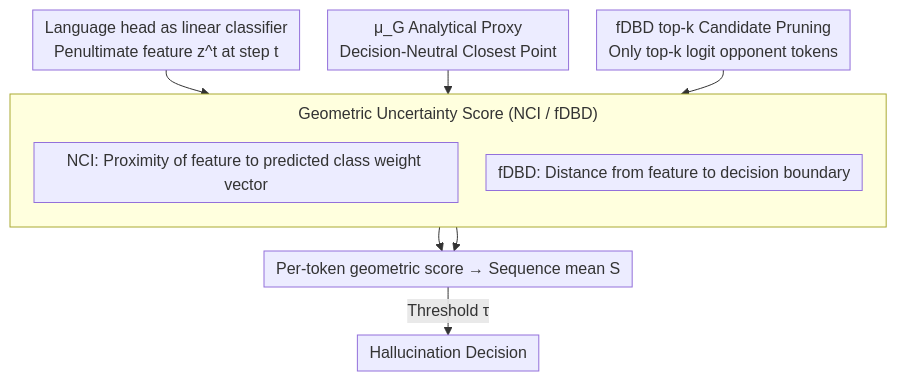
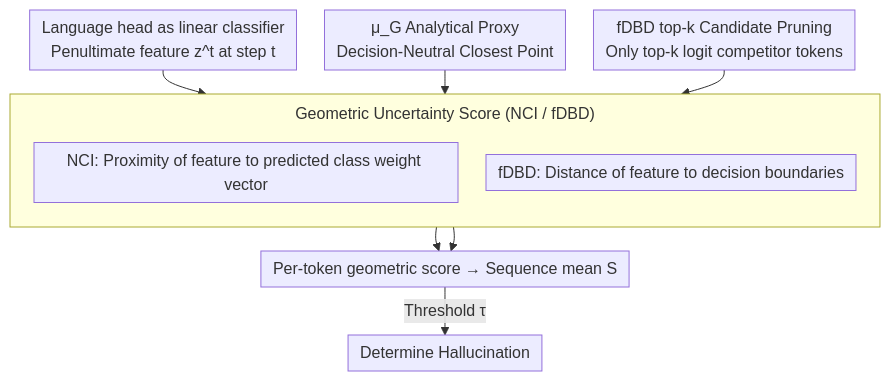
Before and after one commit to zhaoyang97/Paper-Notes-en: the diagram in docs/ICML2026/hallucination/from_out-of-distribution_detection_to_hallucination_detection_a_geometric_view.md, drawn with Mermaid. The commit also changed other lines of this file and 5084 other files, not shown here.

````diff
--- a/docs/ICML2026/hallucination/from_out-of-distribution_detection_to_hallucination_detection_a_geometric_view.md
+++ b/docs/ICML2026/hallucination/from_out-of-distribution_detection_to_hallucination_detection_a_geometric_view.md
@@ -42,15 +42,15 @@
 ```mermaid
 %%{init: {'flowchart': {'rankSpacing': 24, 'nodeSpacing': 28, 'padding': 6, 'wrappingWidth': 400, 'subGraphTitleMargin': {'top': 8, 'bottom': 16}}}}%%
 flowchart TD
     A["Language head as linear classifier<br/>Penultimate feature z^t at step t"] --> B
     subgraph G["Geometric Uncertainty Score (NCI / fDBD)"]
         direction TB
         B["NCI: Proximity of feature to predicted class weight vector"]
-        C["fDBD: Distance from feature to decision boundary"]
+        C["fDBD: Distance of feature to decision boundaries"]
     end
     P["μ_G Analytical Proxy<br/>Decision-Neutral Closest Point"] --> B
-    Q["fDBD top-k Candidate Pruning<br/>Only top-k logit opponent tokens"] --> C
+    Q["fDBD top-k Candidate Pruning<br/>Only top-k logit competitor tokens"] --> C
     B --> S["Per-token geometric score → Sequence mean S"]
     C --> S
-    S -->|Threshold τ| T["Hallucination Decision"]
+    S -->|Threshold τ| T["Determine Hallucination"]
 ```
````
